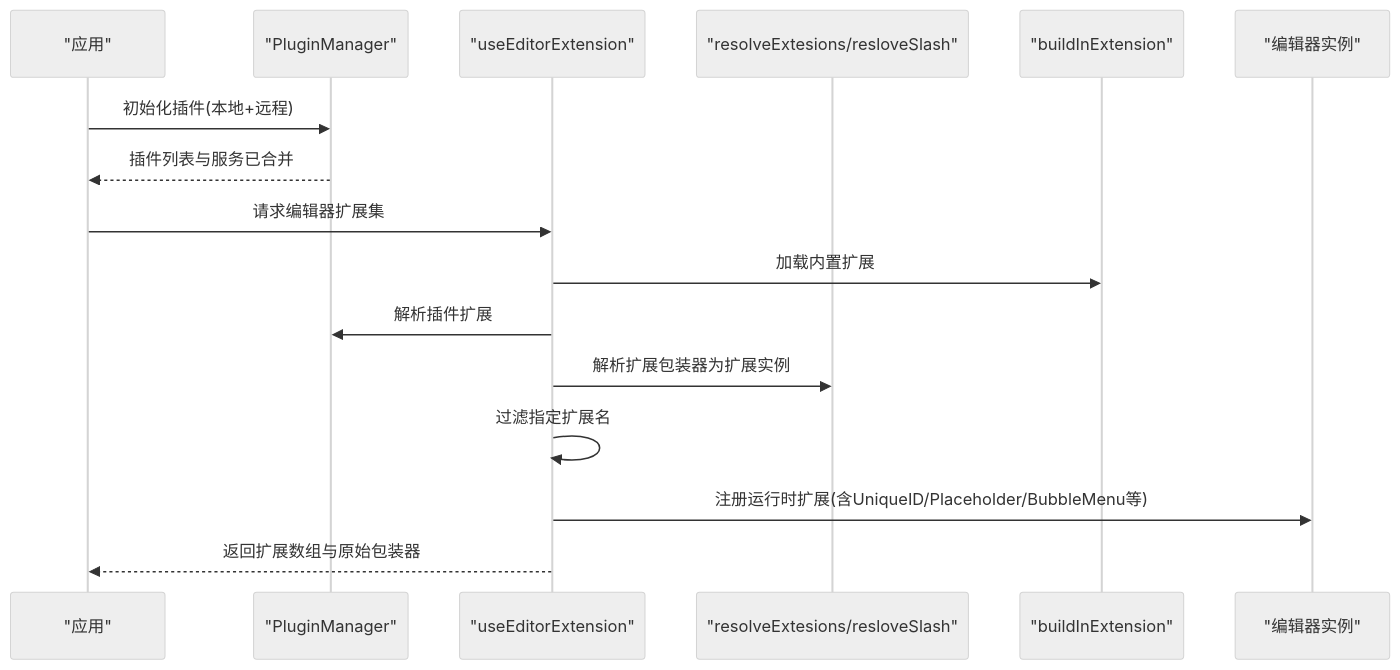
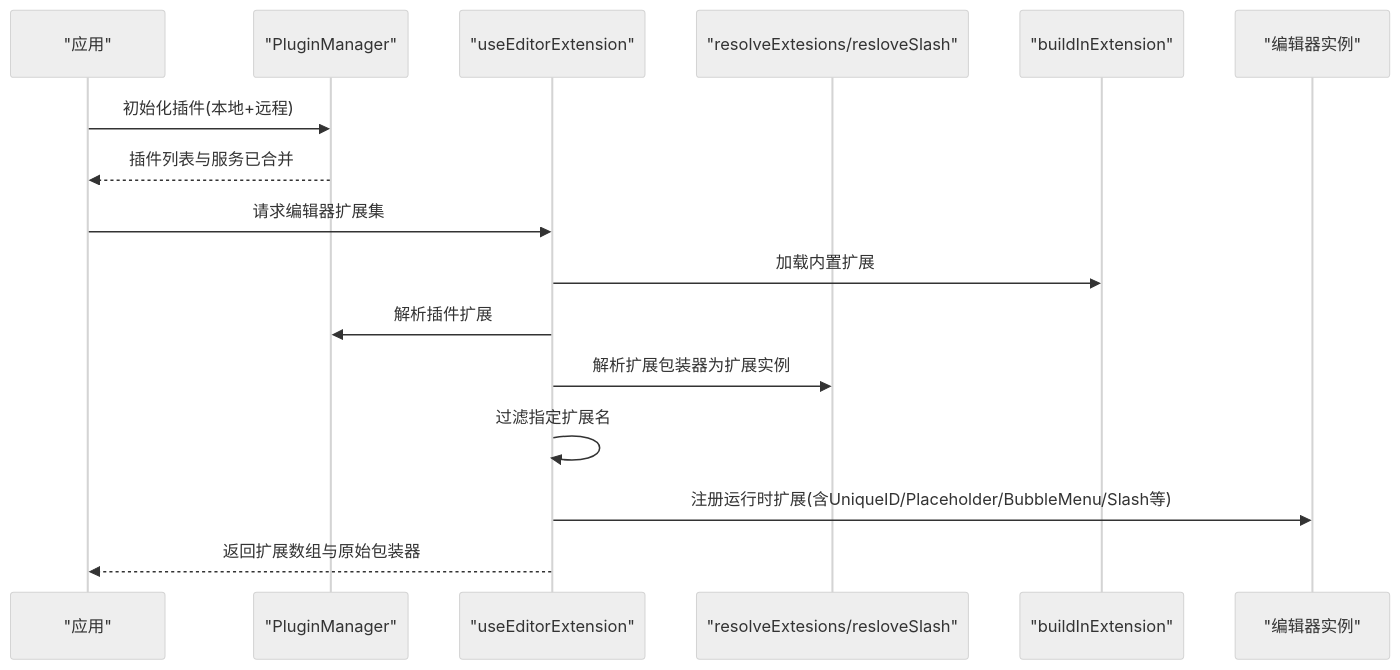
Before and after one commit to LRF0422/Kotion: the second of 7 diagrams in .qoder/repowiki/zh/content/架构设计/编辑器内核架构/扩展系统架构.md, drawn with Mermaid (neutral theme). The commit also changed other lines of this file and 75 other files, not shown here.

````diff
--- a/.qoder/repowiki/zh/content/架构设计/编辑器内核架构/扩展系统架构.md
+++ b/.qoder/repowiki/zh/content/架构设计/编辑器内核架构/扩展系统架构.md
@@ -131,18 +153,18 @@
 ```mermaid
 sequenceDiagram
 participant App as "应用"
 participant PM as "PluginManager"
 participant UE as "useEditorExtension"
 participant KIT as "resolveExtesions/resloveSlash"
 participant BI as "buildInExtension"
 participant ED as "编辑器实例"
 App->>PM : 初始化插件(本地+远程)
 PM-->>App : 插件列表与服务已合并
 App->>UE : 请求编辑器扩展集
 UE->>BI : 加载内置扩展
 UE->>PM : 解析插件扩展
 UE->>KIT : 解析扩展包装器为扩展实例
 UE->>UE : 过滤指定扩展名
-UE->>ED : 注册运行时扩展(含UniqueID/Placeholder/BubbleMenu等)
+UE->>ED : 注册运行时扩展(含UniqueID/Placeholder/BubbleMenu/Slash等)
 UE-->>App : 返回扩展数组与原始包装器
 ```
````
